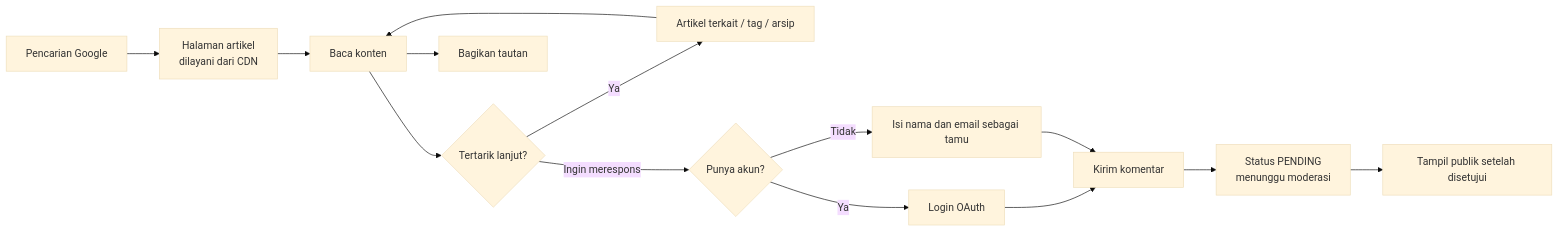
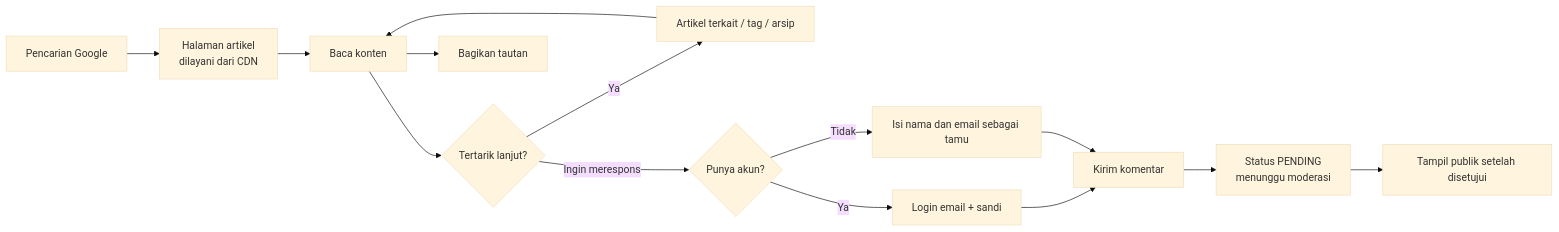
The second of 2 diagrams in docs/PRD.md (reyfuu/blogspot), drawn with Mermaid (base theme) before and after one commit. The commit also changed other lines of this file and 15 other files, not shown here.

First line of the commit message:
feat!: ganti OAuth GitHub dengan login email + kata sandi owner

````diff
--- a/docs/PRD.md
+++ b/docs/PRD.md
@@ -83,16 +83,16 @@
 ```mermaid
 flowchart LR
     A["Pencarian Google"] --> B["Halaman artikel<br/>dilayani dari CDN"]
     B --> C["Baca konten"]
     C --> D{"Tertarik lanjut?"}
     D -- Ya --> E["Artikel terkait / tag / arsip"]
     E --> C
     D -- Ingin merespons --> F{"Punya akun?"}
-    F -- Ya --> G["Login OAuth"]
+    F -- Ya --> G["Login email + sandi"]
     F -- Tidak --> H["Isi nama dan email sebagai tamu"]
     G --> I["Kirim komentar"]
     H --> I
     I --> J["Status PENDING<br/>menunggu moderasi"]
     J --> K["Tampil publik setelah disetujui"]
     C --> L["Bagikan tautan"]
 ```
````
